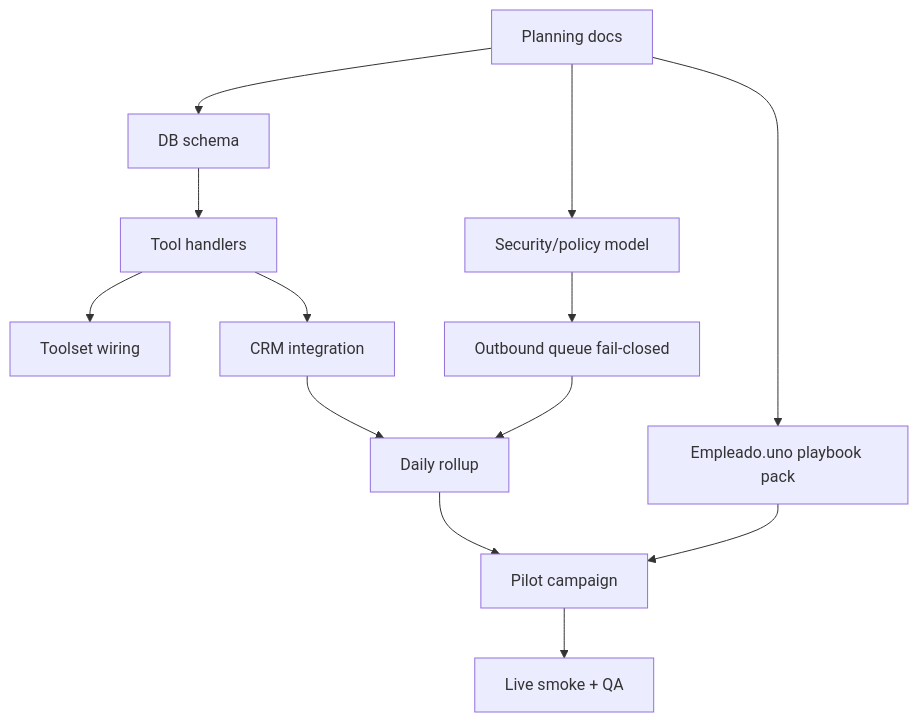
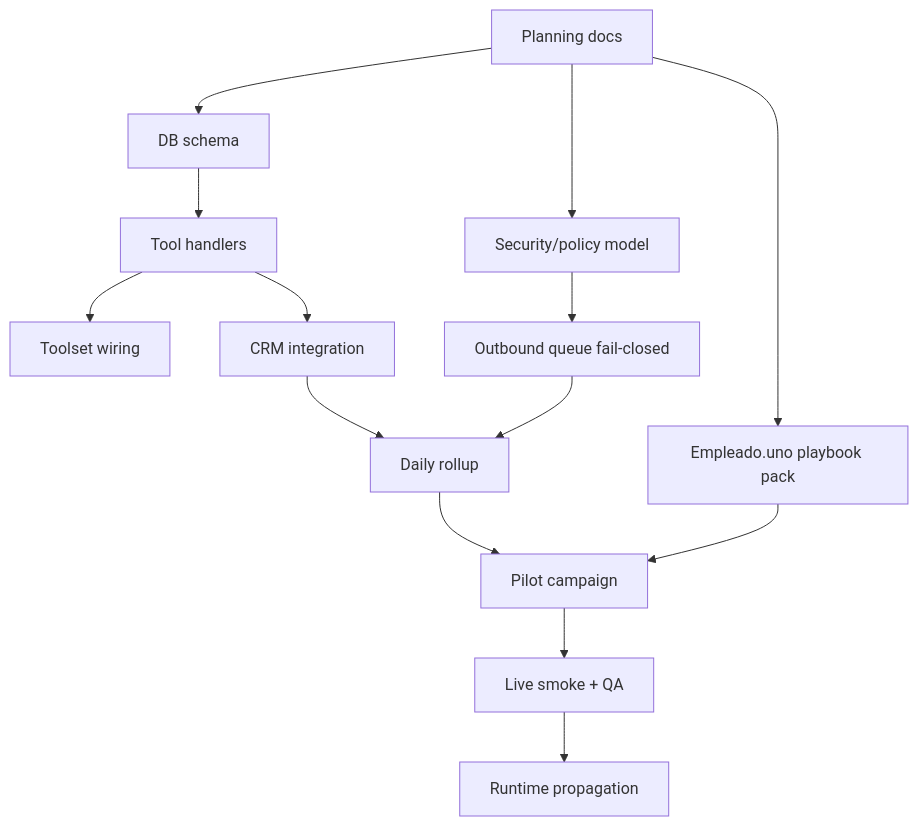
The diagram in docs/sales-operator-core/TASK-GRAPH-001.md (SiteOneTech/hermes-agent-original), drawn with Mermaid before and after one commit. The commit also changed other lines of this file and 13 other files, not shown here.

````diff
--- a/docs/sales-operator-core/TASK-GRAPH-001.md
+++ b/docs/sales-operator-core/TASK-GRAPH-001.md
@@ -3,15 +3,16 @@
 ```mermaid
 graph TD
   A[Planning docs] --> B[DB schema]
   A --> C[Security/policy model]
   B --> D[Tool handlers]
   D --> E[Toolset wiring]
   D --> F[CRM integration]
   C --> G[Outbound queue fail-closed]
   F --> H[Daily rollup]
   G --> H
   A --> I[Empleado.uno playbook pack]
   I --> J[Pilot campaign]
   H --> J
   J --> K[Live smoke + QA]
+  K --> L[Runtime propagation]
 ```
````
